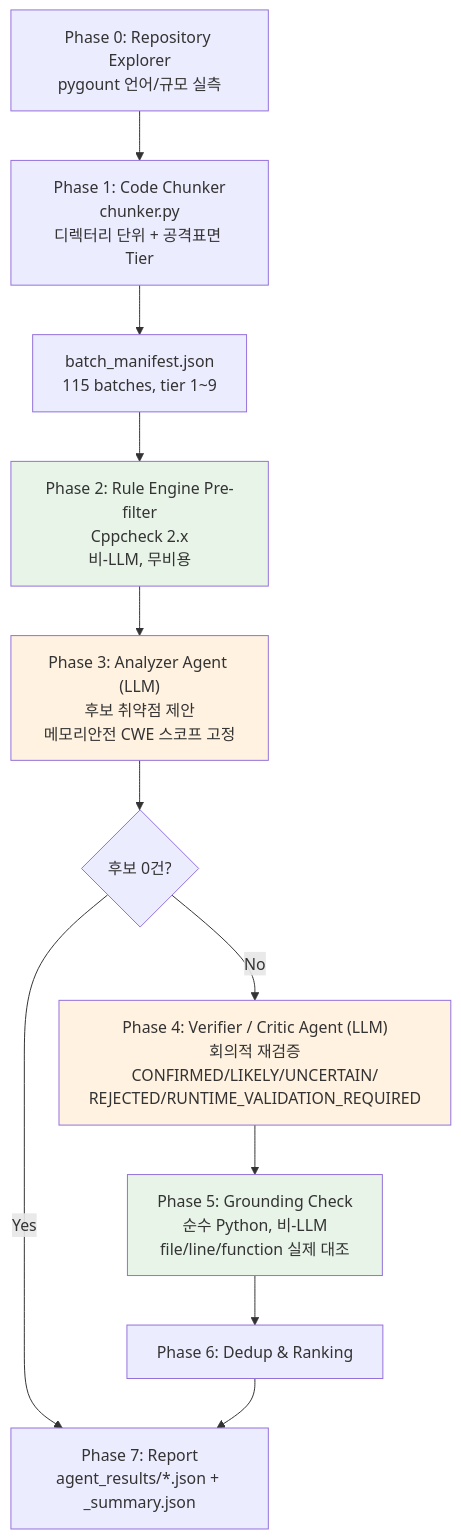
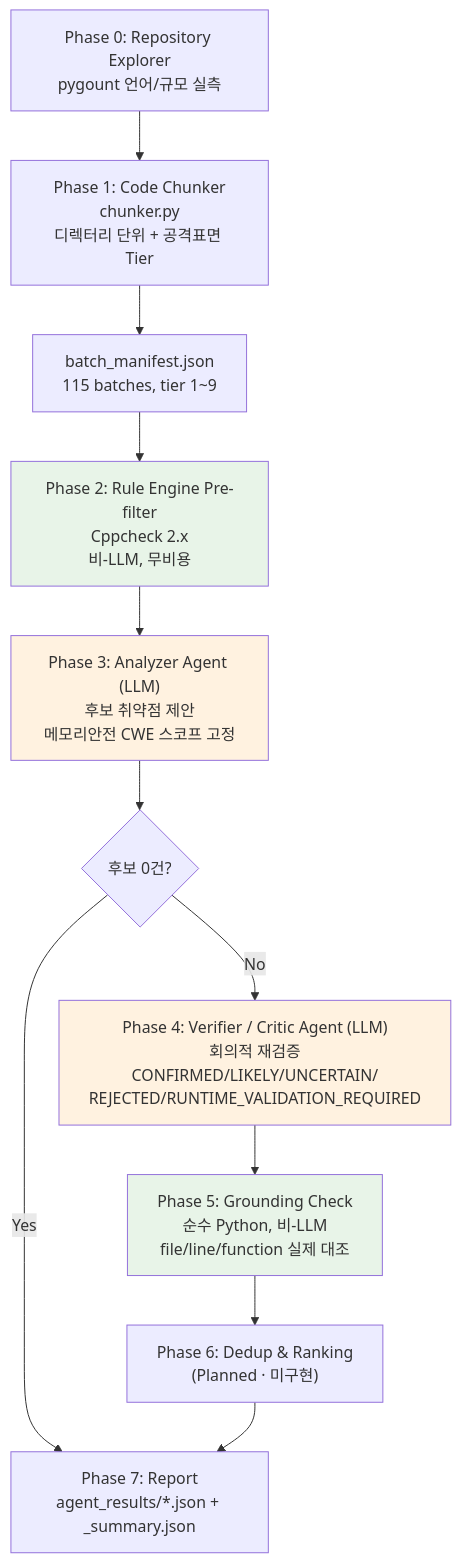
One commit to secu-zin/SAST_Agent changed the diagram in report.md. Above: the diagram before and after it, drawn with Mermaid. The commit also changed other lines of this file and 5 other files, not shown here.

````diff
--- a/report.md
+++ b/report.md
@@ -209,20 +209,20 @@
 ```mermaid
 flowchart TD
     A["Phase 0: Repository Explorer<br/>pygount 언어/규모 실측"] --> B
     B["Phase 1: Code Chunker<br/>chunker.py<br/>디렉터리 단위 + 공격표면 Tier"] --> C
     C["batch_manifest.json<br/>115 batches, tier 1~9"] --> D
     D["Phase 2: Rule Engine Pre-filter<br/>Cppcheck 2.x<br/>비-LLM, 무비용"] --> E
     E["Phase 3: Analyzer Agent (LLM)<br/>후보 취약점 제안<br/>메모리안전 CWE 스코프 고정"] --> F
     F{"후보 0건?"}
     F -- "Yes" --> J
     F -- "No" --> G
     G["Phase 4: Verifier / Critic Agent (LLM)<br/>회의적 재검증<br/>CONFIRMED/LIKELY/UNCERTAIN/<br/>REJECTED/RUNTIME_VALIDATION_REQUIRED"] --> H
     H["Phase 5: Grounding Check<br/>순수 Python, 비-LLM<br/>file/line/function 실제 대조"] --> I
-    I["Phase 6: Dedup & Ranking"] --> J
+    I["Phase 6: Dedup & Ranking<br/>(Planned · 미구현)"] --> J
     J["Phase 7: Report<br/>agent_results/*.json + _summary.json"]
 
     style D fill:#e8f4e8
     style H fill:#e8f4e8
     style E fill:#fff2e0
     style G fill:#fff2e0
 ```
````
